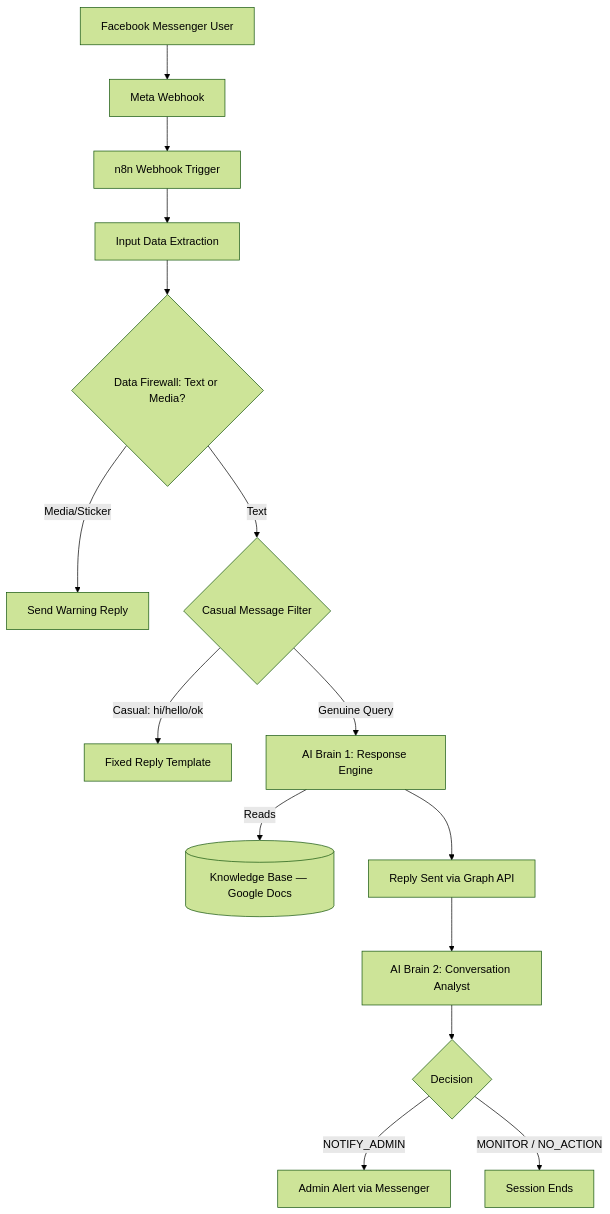
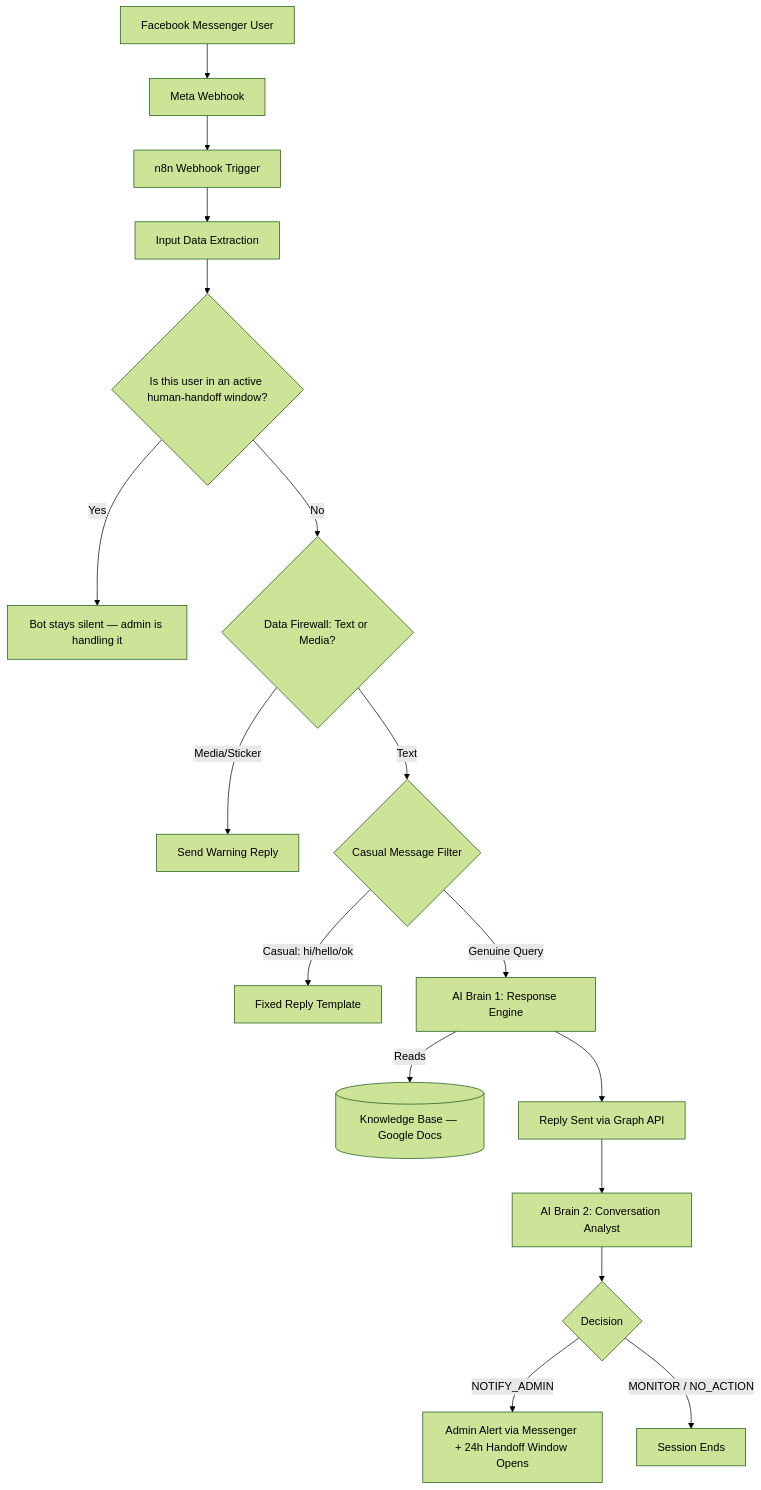
The diagram in README.md (muhammadantor/ai-facebook-messenger-bot-n8n), drawn with Mermaid (forest theme) before and after one commit. The commit also changed other lines of this file, not shown here.

````diff
--- a/README.md
+++ b/README.md
@@ -52,17 +54,19 @@
 ```mermaid
 flowchart TD
     A[Facebook Messenger User] --> B[Meta Webhook]
     B --> C[n8n Webhook Trigger]
     C --> D[Input Data Extraction]
-    D --> E{Data Firewall: Text or Media?}
-    E -->|Media/Sticker| F[Send Warning Reply]
-    E -->|Text| G{Casual Message Filter}
-    G -->|Casual: hi/hello/ok| H[Fixed Reply Template]
-    G -->|Genuine Query| I[AI Brain 1: Response Engine]
-    I -->|Reads| J[(Knowledge Base — Google Docs)]
-    I --> K[Reply Sent via Graph API]
-    K --> L[AI Brain 2: Conversation Analyst]
-    L --> M{Decision}
-    M -->|NOTIFY_ADMIN| N[Admin Alert via Messenger]
-    M -->|MONITOR / NO_ACTION| O[Session Ends]
+    D --> E{Is this user in an active human-handoff window?}
+    E -->|Yes| P[Bot stays silent — admin is handling it]
+    E -->|No| F{Data Firewall: Text or Media?}
+    F -->|Media/Sticker| G[Send Warning Reply]
+    F -->|Text| H{Casual Message Filter}
+    H -->|Casual: hi/hello/ok| I[Fixed Reply Template]
+    H -->|Genuine Query| J[AI Brain 1: Response Engine]
+    J -->|Reads| K[(Knowledge Base — Google Docs)]
+    J --> L[Reply Sent via Graph API]
+    L --> M[AI Brain 2: Conversation Analyst]
+    M --> N{Decision}
+    N -->|NOTIFY_ADMIN| O[Admin Alert via Messenger + 24h Handoff Window Opens]
+    N -->|MONITOR / NO_ACTION| Q[Session Ends]
 ```
````
